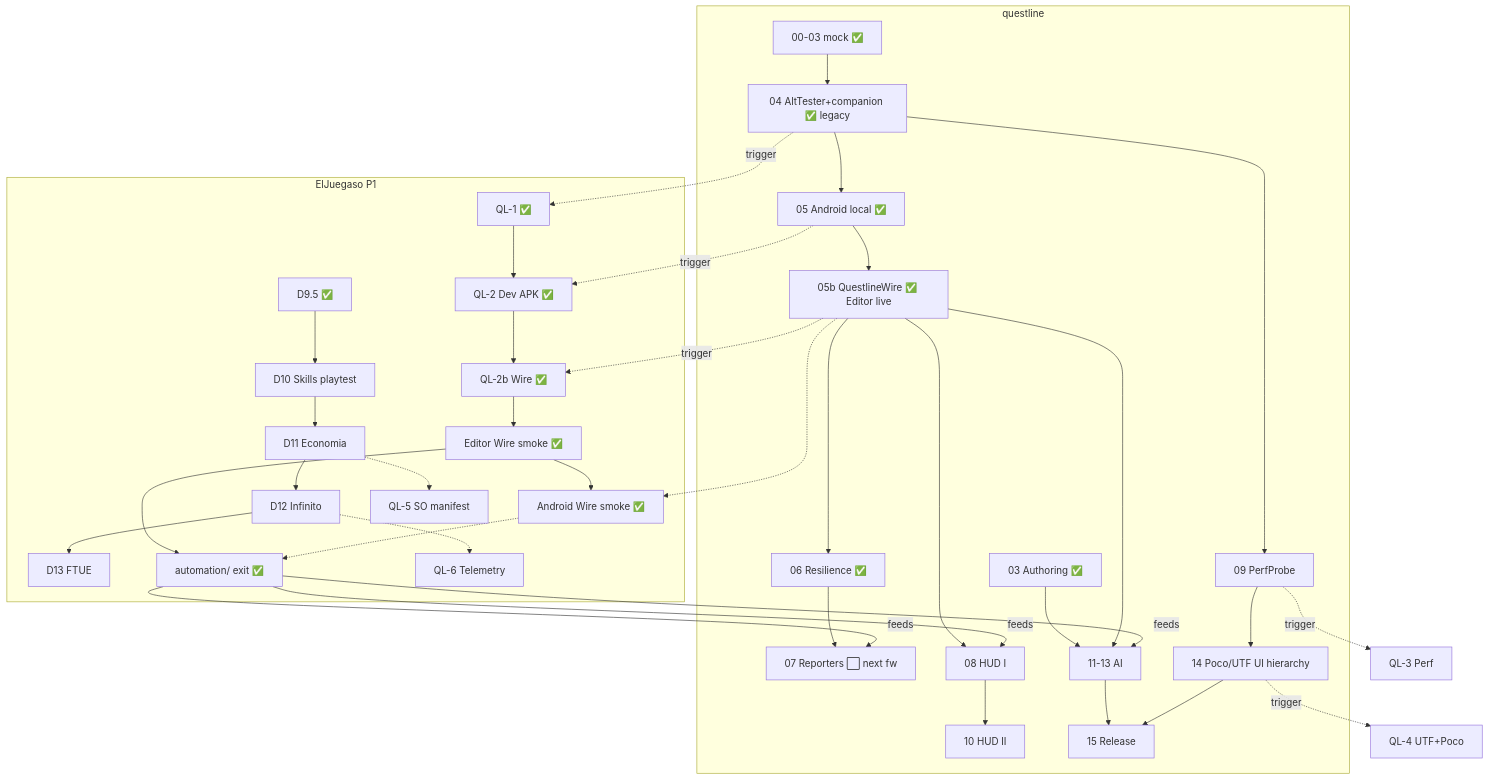
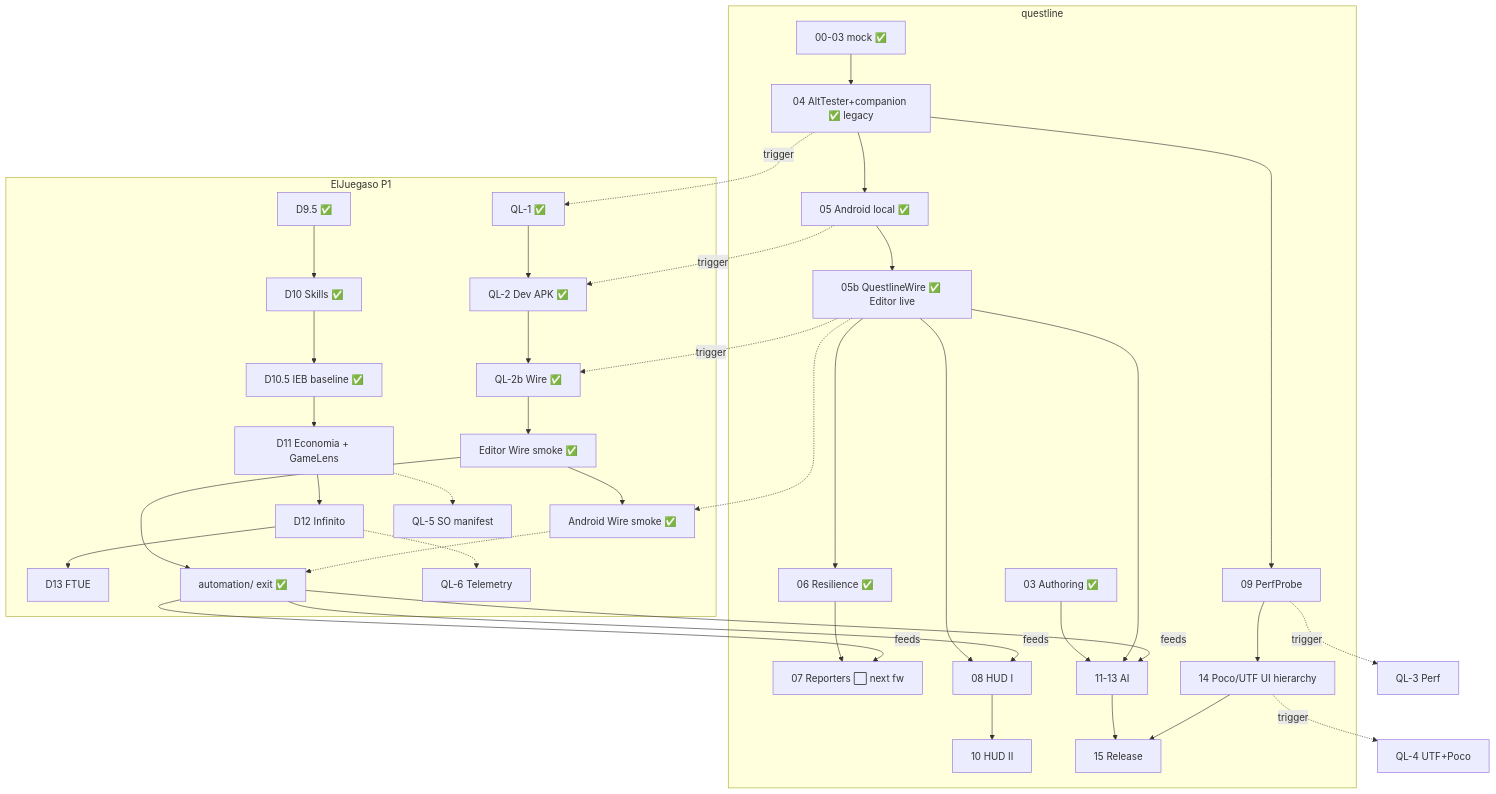
One commit to Knutronko/questline changed the diagram in docs/STATUS-DUAL.md. Above: the diagram before and after it, drawn with Mermaid. The commit also changed other lines of this file, not shown here.

Commit message:
docs: STATUS-DUAL — D10.5 IEB baseline cerrado, siguiente D11

````diff
--- a/docs/STATUS-DUAL.md
+++ b/docs/STATUS-DUAL.md
@@ -97,43 +98,44 @@
 ```mermaid
 flowchart TB
   subgraph QL[questline]
     Q0[00-03 mock ✅] --> Q4[04 AltTester+companion ✅ legacy]
     Q4 --> Q5[05 Android local ✅]
     Q5 --> Q5b[05b QuestlineWire ✅ Editor live]
     Q5b --> Q6[06 Resilience ✅]
     Q6 --> Q7[07 Reporters ⬜ next fw]
     Q5b --> Q8[08 HUD I]
     Q4 --> Q9[09 PerfProbe]
     Q8 --> Q10[10 HUD II]
     Q3[03 Authoring ✅] --> Q11[11-13 AI]
     Q5b --> Q11
     Q9 --> Q14[14 Poco/UTF UI hierarchy]
     Q11 --> Q15[15 Release]
     Q14 --> Q15
   end
 
   subgraph Game[ElJuegaso P1]
-    D95[D9.5 ✅] --> D10[D10 Skills playtest]
-    D10 --> D11[D11 Economia]
+    D95[D9.5 ✅] --> D10[D10 Skills ✅]
+    D10 --> D105[D10.5 IEB baseline ✅]
+    D105 --> D11[D11 Economia + GameLens]
     D11 --> D12[D12 Infinito]
     D12 --> D13[D13 FTUE]
     QL1[QL-1 ✅] --> QL2[QL-2 Dev APK ✅]
     QL2 --> QL2b[QL-2b Wire ✅]
     QL2b --> LiveEd[Editor Wire smoke ✅]
     LiveEd --> Auto[automation/ exit ✅]
     LiveEd --> LiveAnd[Android Wire smoke ✅]
     LiveAnd -.-> Auto
     D11 -.-> QL5[QL-5 SO manifest]
     D12 -.-> QL6[QL-6 Telemetry]
   end
 
   Q4 -.->|trigger| QL1
   Q5 -.->|trigger| QL2
   Q5b -.->|trigger| QL2b
   Q5b -.-> LiveAnd
   Q9 -.->|trigger| QL3[QL-3 Perf]
   Q14 -.->|trigger| QL4[QL-4 UTF+Poco]
   Auto -->|feeds| Q7
   Auto -->|feeds| Q8
   Auto -->|feeds| Q11
 ```
````
